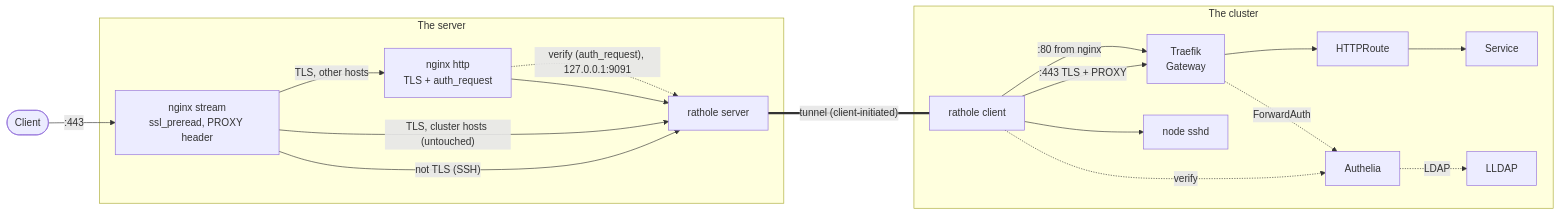
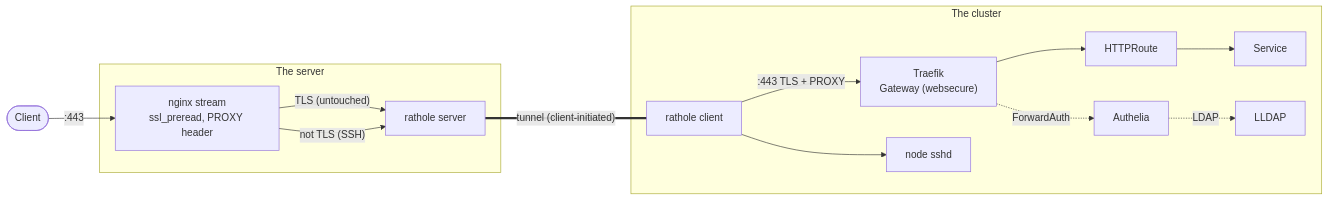
The second of 5 diagrams in docs/architecture.md (rafi/machines), drawn with Mermaid before and after one commit. The commit also changed other lines of this file and 19 other files, not shown here.

First line of the commit message:
feat: end TLS in the cluster for every host

````diff
--- a/docs/architecture.md
+++ b/docs/architecture.md
@@ -41,19 +41,14 @@
 ```mermaid
 flowchart LR
   user(["Client"]) -- ":443" --> stream
   subgraph vps["The server"]
-    stream["nginx stream<br/>ssl_preread, PROXY header"] -- "TLS, other hosts" --> http["nginx http<br/>TLS + auth_request"]
-    http -. "verify (auth_request), 127.0.0.1:9091" .-> rs
-    http --> rs["rathole server"]
-    stream -- "TLS, cluster hosts (untouched)" --> rs
+    stream["nginx stream<br/>ssl_preread, PROXY header"] -- "TLS (untouched)" --> rs["rathole server"]
     stream -- "not TLS (SSH)" --> rs
   end
   subgraph home["The cluster"]
-    rc["rathole client"] -- ":80 from nginx" --> gw["Traefik<br/>Gateway"] --> route["HTTPRoute"] --> svc["Service"]
-    rc -- ":443 TLS + PROXY" --> gw
-    gw -. "ForwardAuth" .-> authelia
+    rc["rathole client"] -- ":443 TLS + PROXY" --> gw["Traefik<br/>Gateway (websecure)"] --> route["HTTPRoute"] --> svc["Service"]
+    gw -. "ForwardAuth" .-> authelia["Authelia"] -. "LDAP" .-> lldap["LLDAP"]
     rc --> sshd["node sshd"]
-    rc -. "verify" .-> authelia["Authelia"] -. "LDAP" .-> lldap["LLDAP"]
   end
   rs == "tunnel (client-initiated)" === rc
 ```
````
